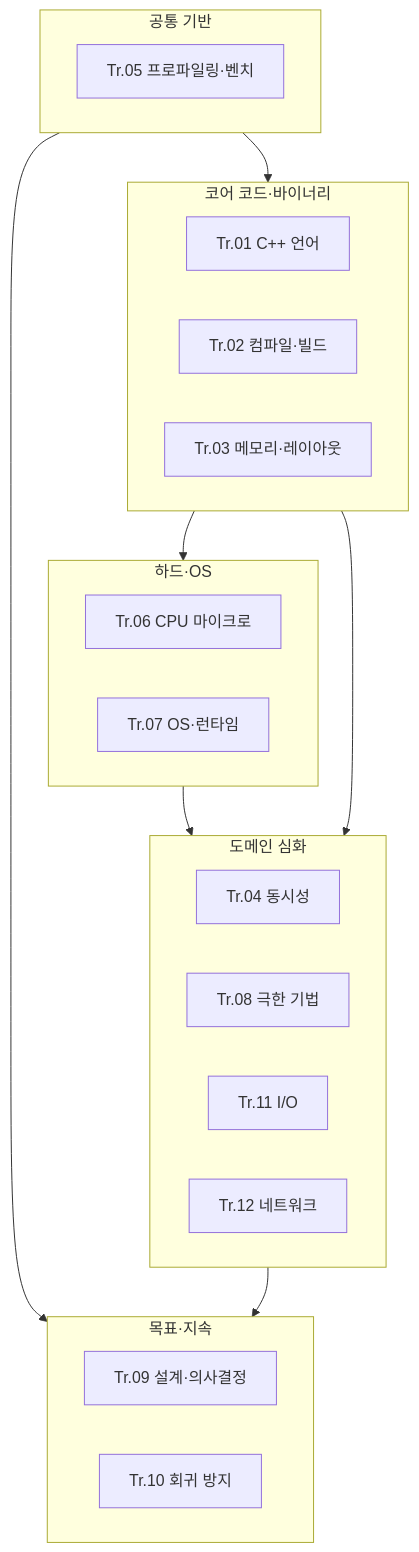
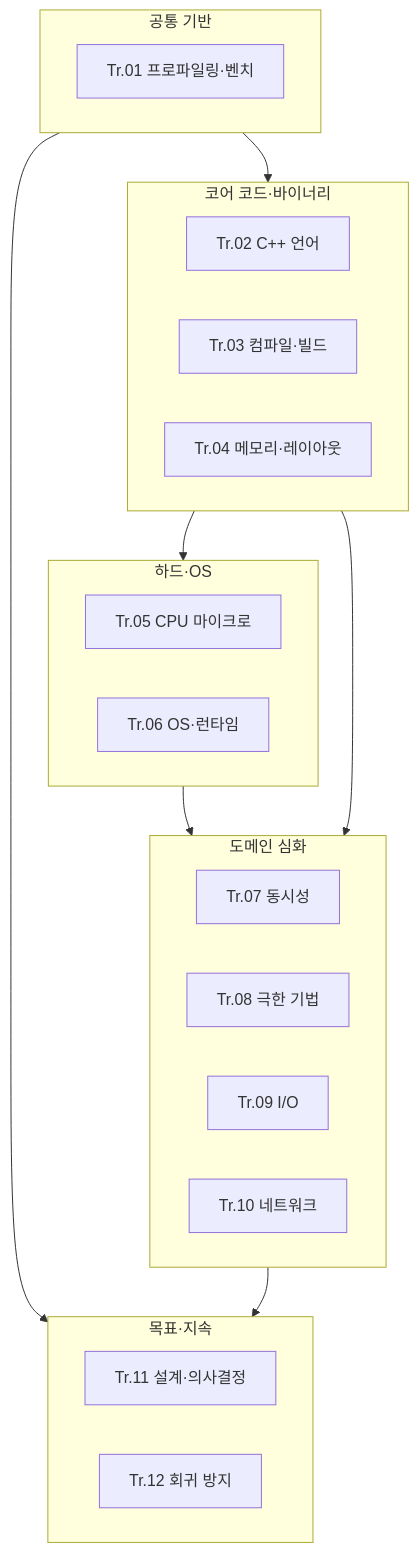
Before and after one commit to 42jerrykim/42jerrykim.github.io: the diagram in content/collection/optimization-00-series-overview/00-introduction/index.md, drawn with Mermaid. The commit also changed other lines of this file and 661 other files, not shown here.

````diff
--- a/content/collection/optimization-00-series-overview/00-introduction/index.md
+++ b/content/collection/optimization-00-series-overview/00-introduction/index.md
@@ -124,31 +122,31 @@
 ```mermaid
 flowchart TB
   subgraph foundation [공통 기반]
-    T05["Tr.05 프로파일링·벤치"]
+    T01["Tr.01 프로파일링·벤치"]
   end
   subgraph core [코어 코드·바이너리]
-    T01["Tr.01 C++ 언어"]
-    T02["Tr.02 컴파일·빌드"]
-    T03["Tr.03 메모리·레이아웃"]
+    T02["Tr.02 C++ 언어"]
+    T03["Tr.03 컴파일·빌드"]
+    T04["Tr.04 메모리·레이아웃"]
   end
   subgraph systems [하드·OS]
-    T06["Tr.06 CPU 마이크로"]
-    T07["Tr.07 OS·런타임"]
+    T05["Tr.05 CPU 마이크로"]
+    T06["Tr.06 OS·런타임"]
   end
   subgraph domainDepth [도메인 심화]
-    T04["Tr.04 동시성"]
+    T07["Tr.07 동시성"]
     T08["Tr.08 극한 기법"]
-    T11["Tr.11 I/O"]
-    T12["Tr.12 네트워크"]
+    T09["Tr.09 I/O"]
+    T10["Tr.10 네트워크"]
   end
   subgraph governance [목표·지속]
-    T09["Tr.09 설계·의사결정"]
-    T10["Tr.10 회귀 방지"]
+    T11["Tr.11 설계·의사결정"]
+    T12["Tr.12 회귀 방지"]
   end
   foundation --> core
   core --> systems
   systems --> domainDepth
   core --> domainDepth
   foundation --> governance
   domainDepth --> governance
 ```
````
